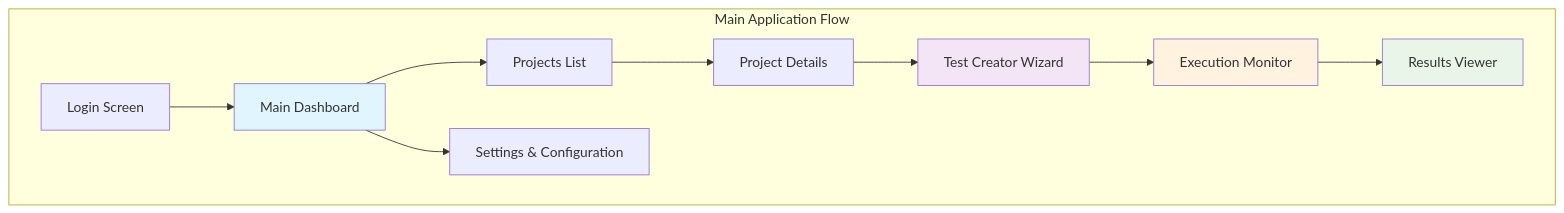
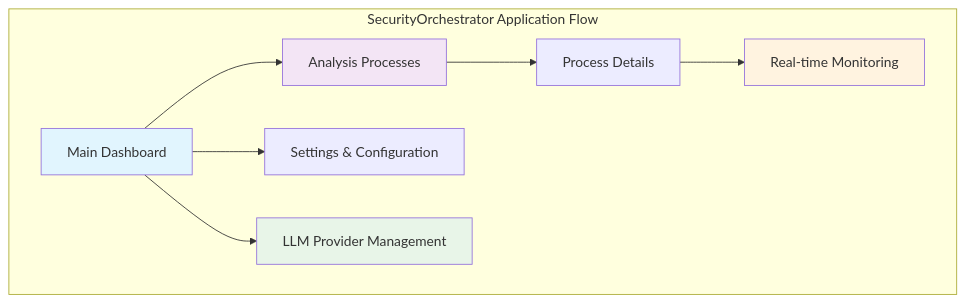
One commit to nvmediagithub/SecutityOrchestrator changed the diagram in docs/USER_INTERFACE_SPECIFICATION.md. Above: the diagram before and after it, drawn with Mermaid. The commit also changed other lines of this file and 75 other files, not shown here.

````diff
--- a/docs/USER_INTERFACE_SPECIFICATION.md
+++ b/docs/USER_INTERFACE_SPECIFICATION.md
@@ -16,26 +18,22 @@
 ```mermaid
 graph TB
-    subgraph "Main Application Flow"
-        LOGIN[Login Screen]
+    subgraph "SecurityOrchestrator Application Flow"
         DASHBOARD[Main Dashboard]
-        PROJECTS[Projects List]
-        PROJECT_DETAIL[Project Details]
-        TEST_CREATOR[Test Creator Wizard]
-        EXEC_MONITOR[Execution Monitor]
-        RESULTS[Results Viewer]
+        PROCESSES[Analysis Processes]
+        PROCESS_DETAIL[Process Details]
+        MONITORING[Real-time Monitoring]
         SETTINGS[Settings & Configuration]
+        LLM_DASHBOARD[LLM Provider Management]
     end
     
-    LOGIN --> DASHBOARD
-    DASHBOARD --> PROJECTS
-    PROJECTS --> PROJECT_DETAIL
-    PROJECT_DETAIL --> TEST_CREATOR
-    TEST_CREATOR --> EXEC_MONITOR
-    EXEC_MONITOR --> RESULTS
+    DASHBOARD --> PROCESSES
+    PROCESSES --> PROCESS_DETAIL
+    PROCESS_DETAIL --> MONITORING
     DASHBOARD --> SETTINGS
+    DASHBOARD --> LLM_DASHBOARD
     
     style DASHBOARD fill:#e1f5fe
-    style TEST_CREATOR fill:#f3e5f5
-    style EXEC_MONITOR fill:#fff3e0
-    style RESULTS fill:#e8f5e8
+    style PROCESSES fill:#f3e5f5
+    style MONITORING fill:#fff3e0
+    style LLM_DASHBOARD fill:#e8f5e8
 ```
````
